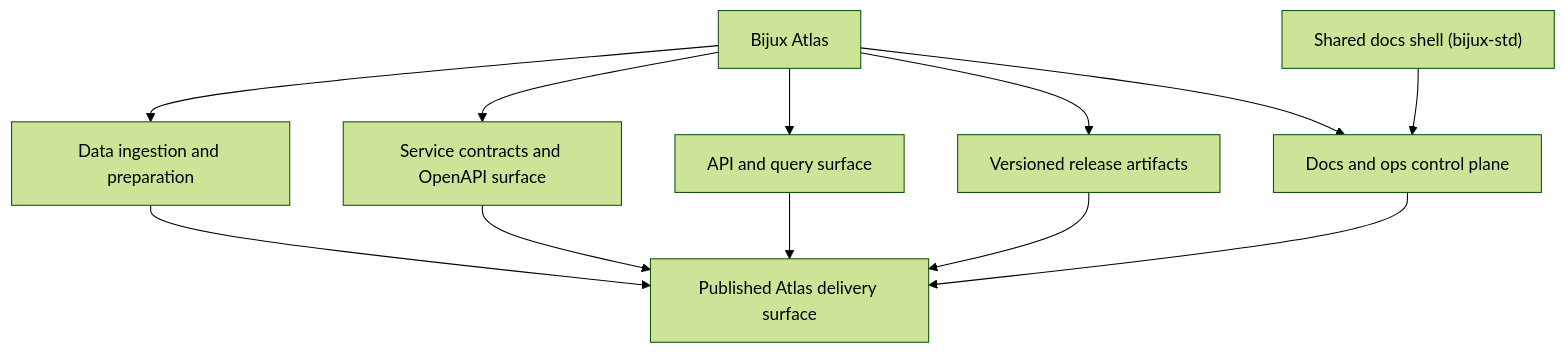
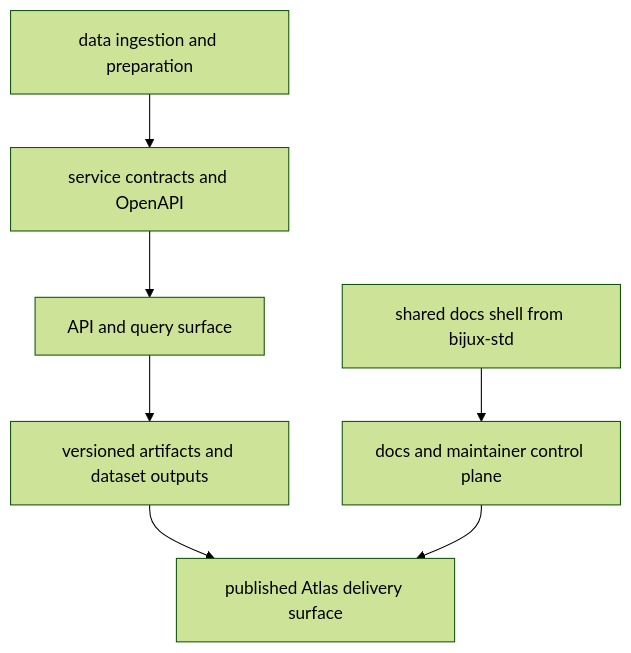
One commit to bijux/bijux.github.io changed the diagram in docs/02-projects/bijux-atlas/index.md. Above: the diagram before and after it, drawn with Mermaid (forest theme). The commit also changed other lines of this file, not shown here.

Commit message:
docs(projects): redraw atlas delivery chain

````diff
--- a/docs/02-projects/bijux-atlas/index.md
+++ b/docs/02-projects/bijux-atlas/index.md
@@ -54,15 +53,9 @@
 ```mermaid
 graph TD
-    std["Shared docs shell (bijux-std)"] --> control["Docs and ops control plane"]
-    atlas["Bijux Atlas"] --> ingestion["Data ingestion and preparation"]
-    atlas --> contracts["Service contracts and OpenAPI surface"]
-    atlas --> api["API and query surface"]
-    atlas --> artifacts["Versioned release artifacts"]
-    atlas --> control
-
-    ingestion --> publish["Published Atlas delivery surface"]
-    contracts --> publish
-    api --> publish
-    artifacts --> publish
-    control --> publish
+    ingest["data ingestion and preparation"] --> contracts["service contracts and OpenAPI"]
+    contracts --> api["API and query surface"]
+    api --> artifacts["versioned artifacts and dataset outputs"]
+    artifacts --> publish["published Atlas delivery surface"]
+    control["docs and maintainer control plane"] --> publish
+    std["shared docs shell from bijux-std"] --> control
 ```
````
